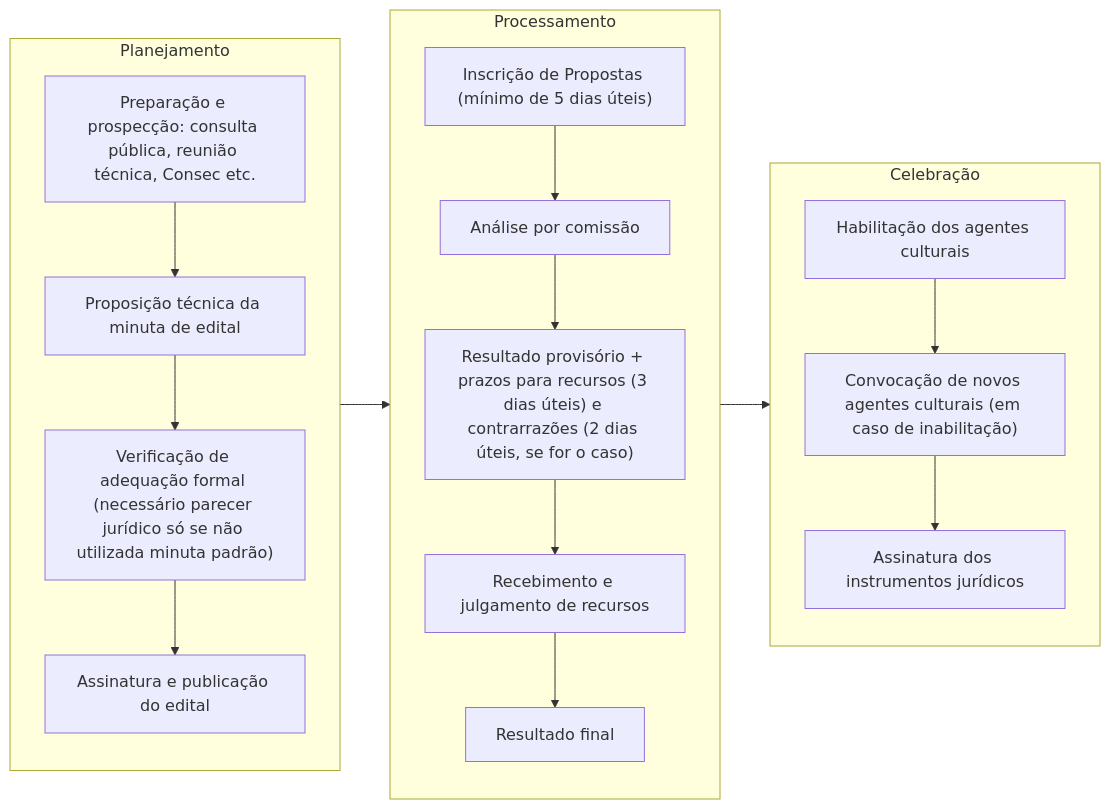
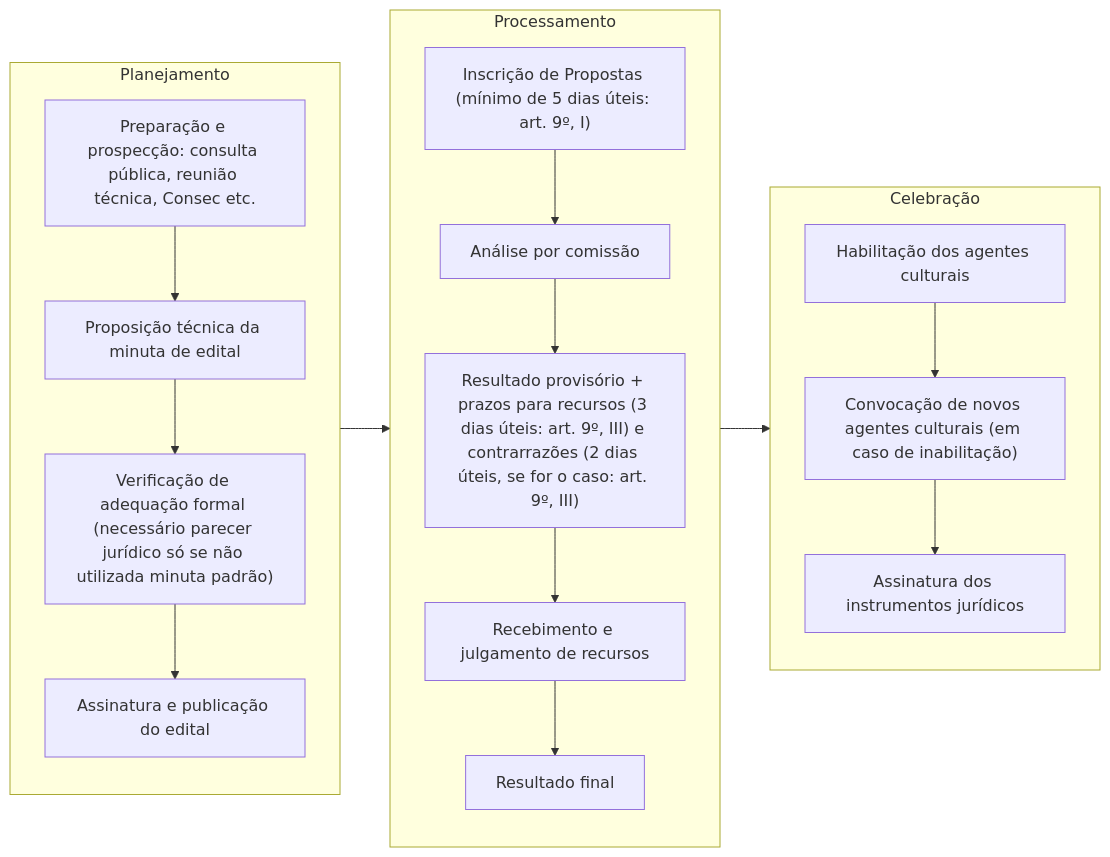
One commit to iepha-mg/manual.appi changed the first of 2 diagrams in paginas/marcos_regulatorios/MRFC/TEC/README.md. Above: the diagram before and after it, drawn with Mermaid. The commit also changed other lines of this file, not shown here.

```diff
--- a/paginas/marcos_regulatorios/MRFC/TEC/README.md
+++ b/paginas/marcos_regulatorios/MRFC/TEC/README.md
@@ -89,23 +52,23 @@
 <pre class="mermaid">
 flowchart LR
     subgraph Planejamento
         A1["Preparação e prospecção: consulta pública, reunião técnica, Consec etc."] --> A2["Proposição técnica da minuta de edital"]
         A2 --> A3["Verificação de adequação formal (necessário parecer jurídico só se não utilizada minuta padrão)"]
         A3 --> A4["Assinatura e publicação do edital"]
     end
 
     subgraph Processamento
-        B1["Inscrição de Propostas (mínimo de 5 dias úteis)"] --> B2["Análise por comissão"]
-        B2 --> B3["Resultado provisório + prazos para recursos (3 dias úteis) e contrarrazões (2 dias úteis, se for o caso)"]
+        B1["Inscrição de Propostas (mínimo de 5 dias úteis: art. 9º, I)"] --> B2["Análise por comissão"]
+        B2 --> B3["Resultado provisório + prazos para recursos (3 dias úteis: art. 9º, III) e contrarrazões (2 dias úteis, se for o caso: art. 9º, III)"]
         B3 --> B4["Recebimento e julgamento de recursos"]
         B4 --> B5["Resultado final"]
     end
 
     subgraph Celebração
         C1["Habilitação dos agentes culturais"] --> C2["Convocação de novos agentes culturais (em caso de inabilitação)"]
         C2 --> C3["Assinatura dos instrumentos jurídicos"]
     end
 
     Planejamento --> Processamento
     Processamento --> Celebração
 </pre>
```
